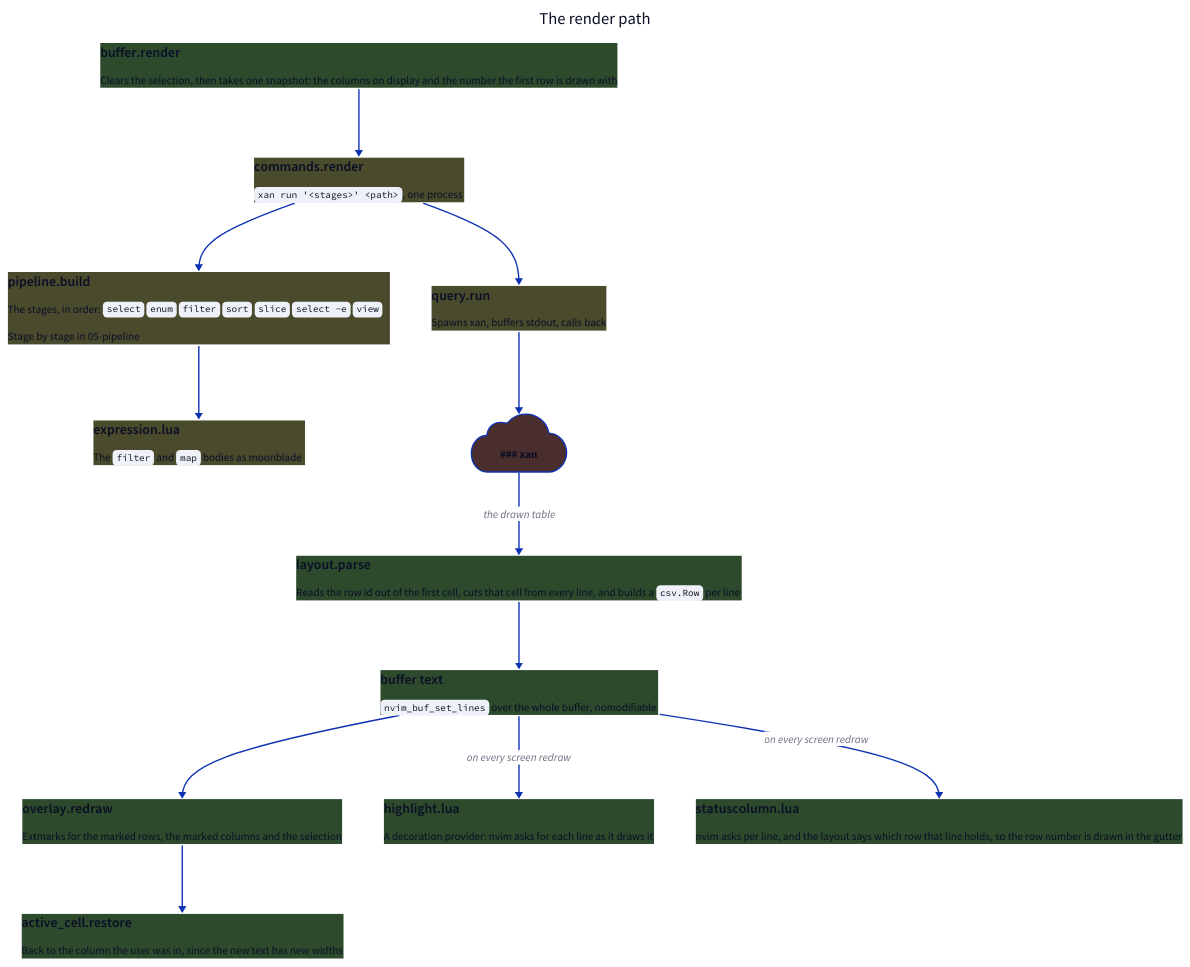
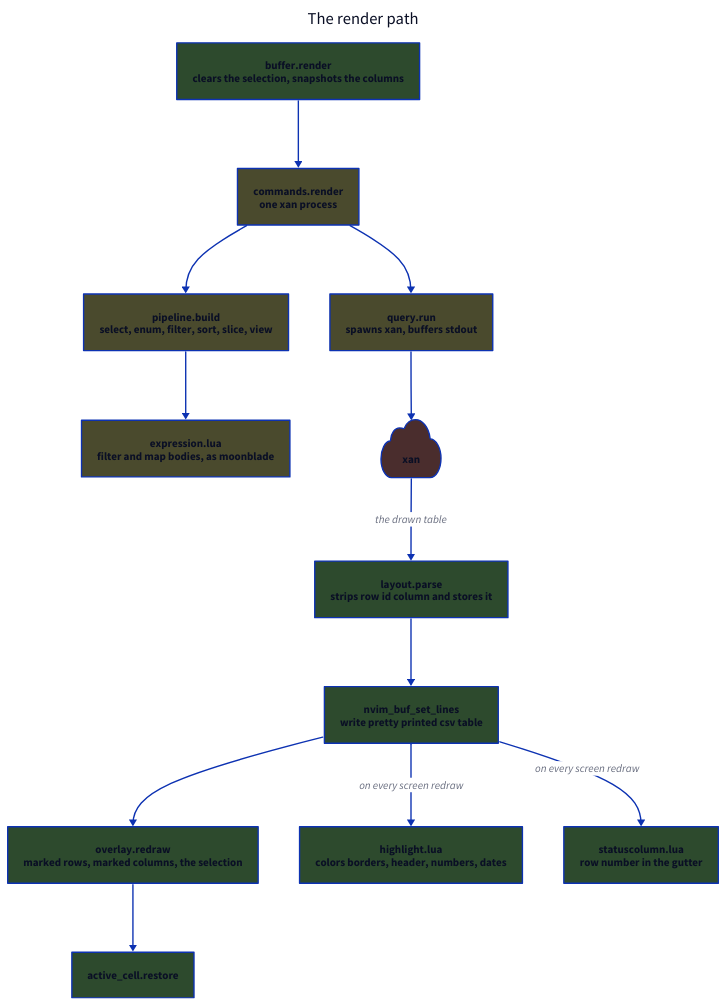
One commit to cseickel/csv-table.nvim changed the diagram in docs/02-render-path.d2. Above: the diagram before and after it, drawn with D2. The commit also changed 9 other files, not shown here.

First line of the commit message:
docs: drop markdown blocks from d2 diagrams and add render.sh

```diff
--- a/docs/02-render-path.d2
+++ b/docs/02-render-path.d2
@@ -1,104 +1,43 @@
 direction: down
 
 title: The render path {
   near: top-center
   shape: text
   style.font-size: 24
 }
 
 classes: {
   build: {style.fill: "#4a4a2d"}
   draw: {style.fill: "#2d4a2d"}
   external: {style.fill: "#4a2d2d"}
 }
 
-render: |md
-  ### buffer.render
-  Clears the selection, then takes one
-  snapshot: the columns on display and
-  the number the first row is drawn with
-| {class: draw}
+render: "buffer.render\nclears the selection, snapshots the columns" {class: draw}
+commands: "commands.render\none xan process" {class: build}
+pipeline: "pipeline.build\nselect, enum, filter, sort, slice, view" {class: build}
+expression: "expression.lua\nfilter and map bodies, as moonblade" {class: build}
+query: "query.run\nspawns xan, buffers stdout" {class: build}
 
-commands: |md
-  ### commands.render
-  `xan run '<stages>' <path>`,
-  one process
-| {class: build}
-
-pipeline: |md
-  ### pipeline.build
-  The stages, in order:
-  `select` `enum` `filter` `sort`
-  `slice` `select -e` `view`
-
-  Stage by stage in 05-pipeline
-| {class: build}
-
-expression: |md
-  ### expression.lua
-  The `filter` and `map` bodies
-  as moonblade
-| {class: build}
-
-query: |md
-  ### query.run
-  Spawns xan, buffers stdout,
-  calls back
-| {class: build}
-
-xan: |md
-  ### xan
-| {
+xan: xan {
   class: external
   shape: cloud
 }
 
-parse: |md
-  ### layout.parse
-  Reads the row id out of the first
-  cell, cuts that cell from every line,
-  and builds a `csv.Row` per line
-| {class: draw}
-
-lines: |md
-  ### buffer text
-  `nvim_buf_set_lines` over the
-  whole buffer, nomodifiable
-| {class: draw}
-
-redraw: |md
-  ### overlay.redraw
-  Extmarks for the marked rows,
-  the marked columns and the selection
-| {class: draw}
-
-restore: |md
-  ### active_cell.restore
-  Back to the column the user was in,
-  since the new text has new widths
-| {class: draw}
-
-highlight: |md
-  ### highlight.lua
-  A decoration provider: nvim asks for
-  each line as it draws it
-| {class: draw}
-
-gutter: |md
-  ### statuscolumn.lua
-  nvim asks per line, and the layout
-  says which row that line holds, so
-  the row number is drawn in the gutter
-| {class: draw}
+parse: "layout.parse\nstrips row id column and stores it" {class: draw}
+lines: "nvim_buf_set_lines\nwrite pretty printed csv table" {class: draw}
+redraw: "overlay.redraw\nmarked rows, marked columns, the selection" {class: draw}
+restore: active_cell.restore {class: draw}
+highlight: "highlight.lua\ncolors borders, header, numbers, dates" {class: draw}
+gutter: "statuscolumn.lua\nrow number in the gutter" {class: draw}
 
 render -> commands
 commands -> pipeline
 pipeline -> expression
 commands -> query
 query -> xan
 xan -> parse: the drawn table
 parse -> lines
 lines -> redraw
 redraw -> restore
 lines -> highlight: on every screen redraw
 lines -> gutter: on every screen redraw
```
